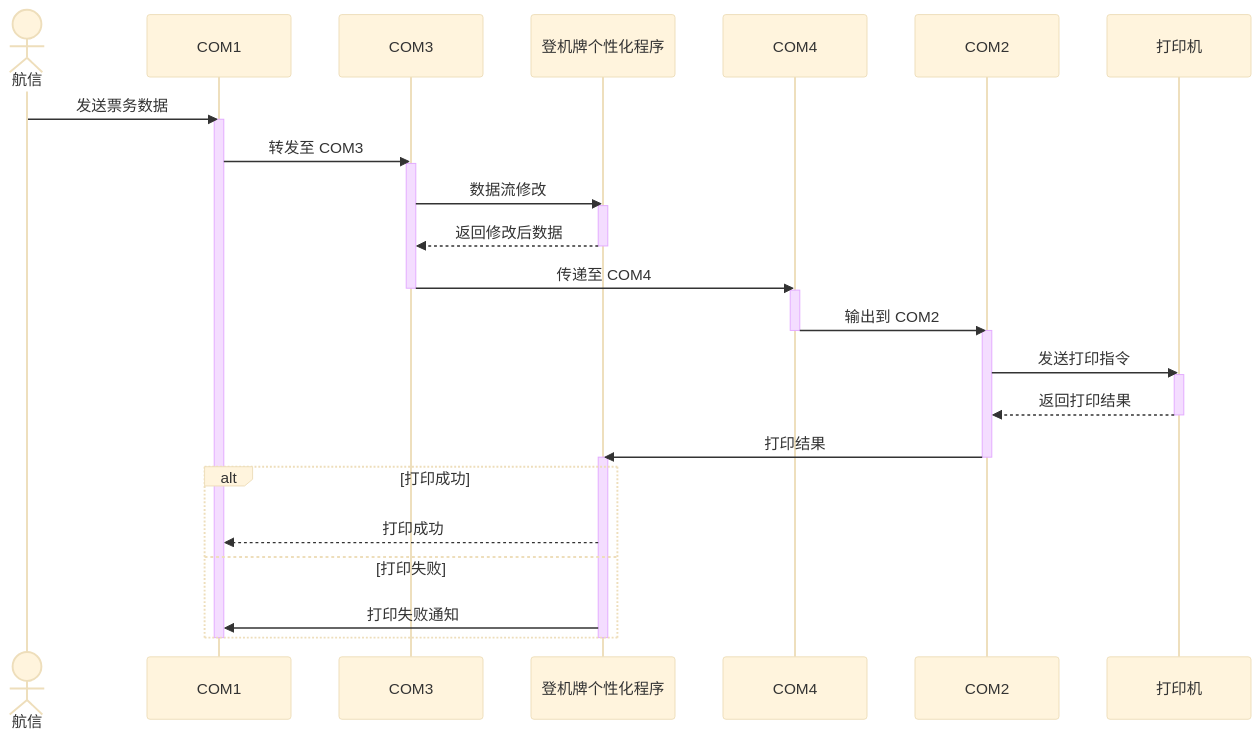
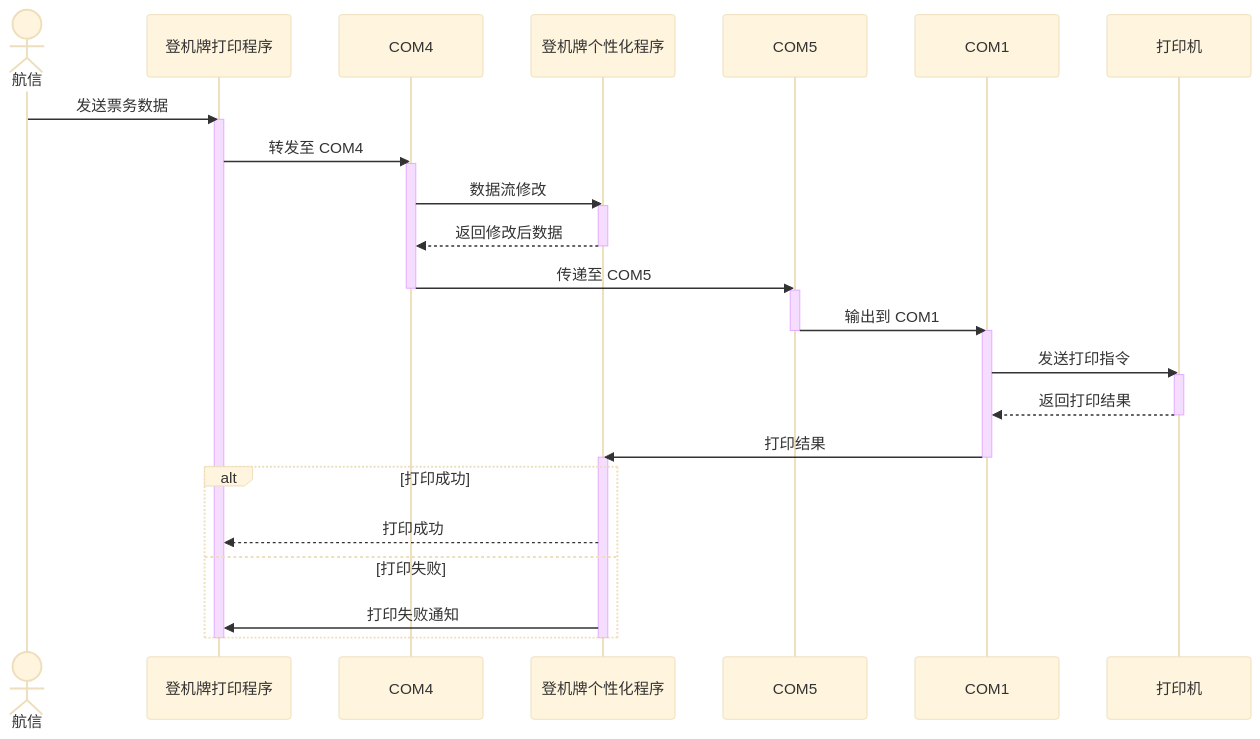
The fourth of 5 diagrams in zh-CN/gallery/bpp.md (changweihua/changweihua.github.io), drawn with Mermaid (base theme) before and after one commit. The commit also changed other lines of this file and 5 other files, not shown here.

````diff
--- a/zh-CN/gallery/bpp.md
+++ b/zh-CN/gallery/bpp.md
@@ -81,46 +81,46 @@
 ```mermaid
 sequenceDiagram
     actor 航信
+    participant 登机牌打印程序
+    participant COM4
+    participant 登机牌个性化程序
+    participant COM5
     participant COM1
-    participant COM3
-    participant 登机牌个性化程序
-    participant COM4
-    participant COM2
     participant 打印机
 
-    航信->>COM1: 发送票务数据
-    activate COM1
-    COM1->>COM3: 转发至 COM3
-    activate COM3
+    航信->>登机牌打印程序: 发送票务数据
+    activate 登机牌打印程序
+    登机牌打印程序->>COM4: 转发至 COM4
+    activate COM4
 
-    COM3->>登机牌个性化程序: 数据流修改
+    COM4->>登机牌个性化程序: 数据流修改
     activate 登机牌个性化程序
-    登机牌个性化程序-->>COM3: 返回修改后数据
+    登机牌个性化程序-->>COM4: 返回修改后数据
     deactivate 登机牌个性化程序
 
-    COM3->>COM4: 传递至 COM4
-    deactivate COM3
-    activate COM4
+    COM4->>COM5: 传递至 COM5
+    deactivate COM4
+    activate COM5
 
-    COM4->>COM2: 输出到 COM2
-    activate COM2
-    deactivate COM4
+    COM5->>COM1: 输出到 COM1
+    activate COM1
+    deactivate COM5
 
-    COM2->>打印机: 发送打印指令
+    COM1->>打印机: 发送打印指令
     activate 打印机
-    打印机-->>COM2: 返回打印结果
+    打印机-->>COM1: 返回打印结果
     deactivate 打印机
 
-    COM2->>登机牌个性化程序: 打印结果
+    COM1->>登机牌个性化程序: 打印结果
     activate 登机牌个性化程序
-    deactivate COM2
+    deactivate COM1
 
     alt 打印成功
-        登机牌个性化程序-->>COM1: 打印成功
+        登机牌个性化程序-->>登机牌打印程序: 打印成功
     else 打印失败
-        登机牌个性化程序->>COM1: 打印失败通知
+        登机牌个性化程序->>登机牌打印程序: 打印失败通知
     end
 
     deactivate 登机牌个性化程序
-    deactivate COM1
+    deactivate 登机牌打印程序
 ```
````
